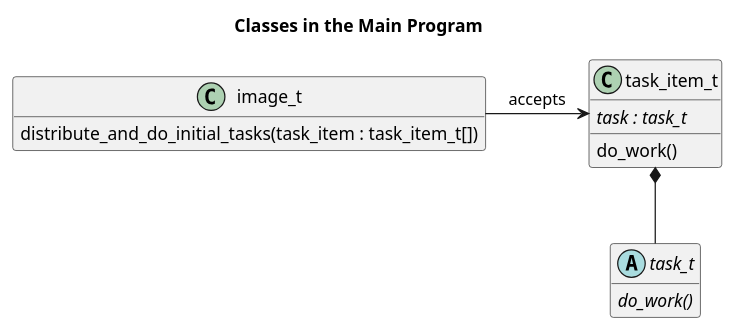
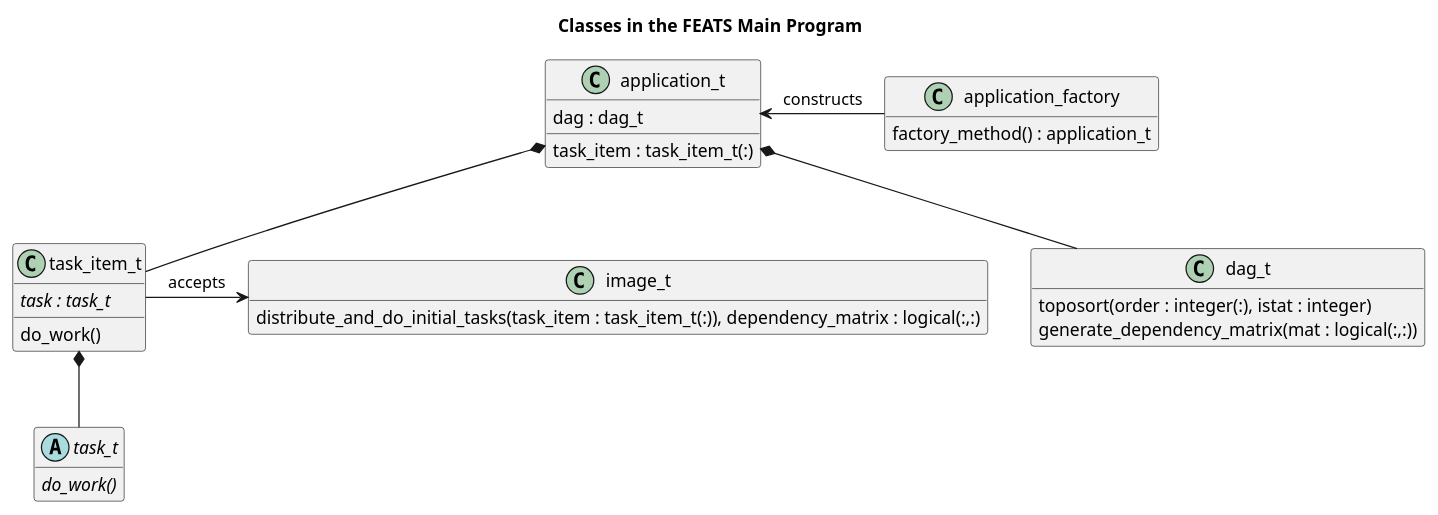
The diagram in doc/class_diagram.puml (sourceryinstitute/FEATS), drawn with PlantUML before and after one commit. The commit also changed 9 other files, not shown here.

First line of the commit message:
feat: add application factory + test + UML

```diff
--- a/doc/class_diagram.puml
+++ b/doc/class_diagram.puml
@@ -1,20 +1,38 @@
 @startuml
-Title "Classes in the Main Program"
+Title "Classes in the FEATS Main Program"
 
 hide empty members
 
 abstract class task_t{
   {abstract} do_work()
 }
 class task_item_t{
   {abstract} task : task_t
   do_work()
 }
 class image_t{
-  distribute_and_do_initial_tasks(task_item : task_item_t[])
+  distribute_and_do_initial_tasks(task_item : task_item_t(:)), dependency_matrix : logical(:,:)
 }
 
 task_item_t *-down- task_t
-image_t -> task_item_t : accepts
+task_item_t -left-> image_t : accepts
+
+class dag_t{
+  toposort(order : integer(:), istat : integer)
+  generate_dependency_matrix(mat : logical(:,:))
+}
+
+class application_t{
+  dag : dag_t
+  task_item : task_item_t(:)
+}
+
+class application_factory{
+  factory_method() : application_t
+}
+
+application_factory -left-> application_t : constructs
+application_t *-down- dag_t
+application_t *-down- task_item_t
 
 @enduml
```
